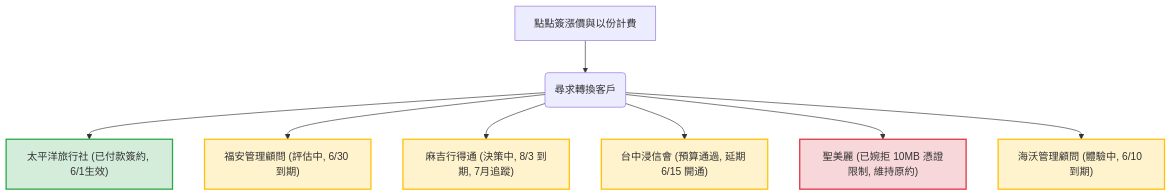
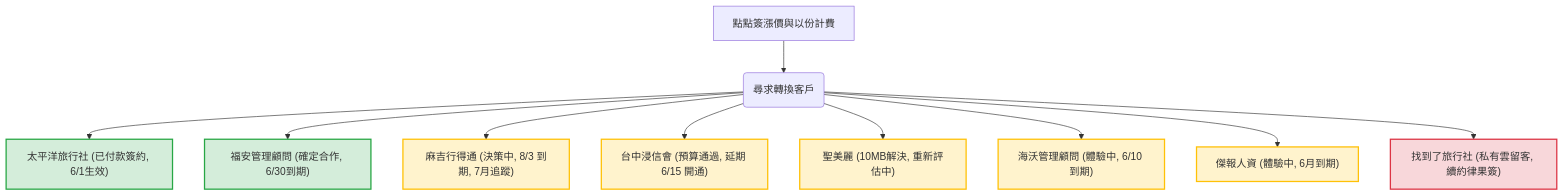
One commit to alexchengjjy-stack/WikiLLM changed the diagram in wiki/analyses/esign/esign-dottedsign-price-hike-churn-analysis.md. Above: the diagram before and after it, drawn with Mermaid. The commit also changed other lines of this file and 107 other files, not shown here.

````diff
--- a/wiki/analyses/esign/esign-dottedsign-price-hike-churn-analysis.md
+++ b/wiki/analyses/esign/esign-dottedsign-price-hike-churn-analysis.md
@@ -68,17 +69,21 @@
 ```mermaid
 graph TD
     A["點點簽漲價與以份計費"] --> B("尋求轉換客戶")
     B --> C["太平洋旅行社 (已付款簽約, 6/1生效)"]
-    B --> D["福安管理顧問 (評估中, 6/30 到期)"]
+    B --> D["福安管理顧問 (確定合作, 6/30到期)"]
     B --> E["麻吉行得通 (決策中, 8/3 到期, 7月追蹤)"]
     B --> F["台中浸信會 (預算通過, 延期 6/15 開通)"]
-    B --> G["聖美麗 (已婉拒 10MB 憑證限制, 維持原約)"]
+    B --> G["聖美麗 (10MB解決, 重新評估中)"]
     B --> H["海沃管理顧問 (體驗中, 6/10 到期)"]
+    B --> I["傑報人資 (體驗中, 6月到期)"]
+    B --> J["找到了旅行社 (私有雲留客, 續約律果簽)"]
     
     style C fill:#d4edda,stroke:#28a745,stroke-width:2px
-    style D fill:#fff3cd,stroke:#ffc107,stroke-width:2px
+    style D fill:#d4edda,stroke:#28a745,stroke-width:2px
     style E fill:#fff3cd,stroke:#ffc107,stroke-width:2px
     style F fill:#fff3cd,stroke:#ffc107,stroke-width:2px
-    style G fill:#f8d7da,stroke:#dc3545,stroke-width:2px
+    style G fill:#fff3cd,stroke:#ffc107,stroke-width:2px
     style H fill:#fff3cd,stroke:#ffc107,stroke-width:2px
+    style I fill:#fff3cd,stroke:#ffc107,stroke-width:2px
+    style J fill:#f8d7da,stroke:#dc3545,stroke-width:2px
 ```
````
